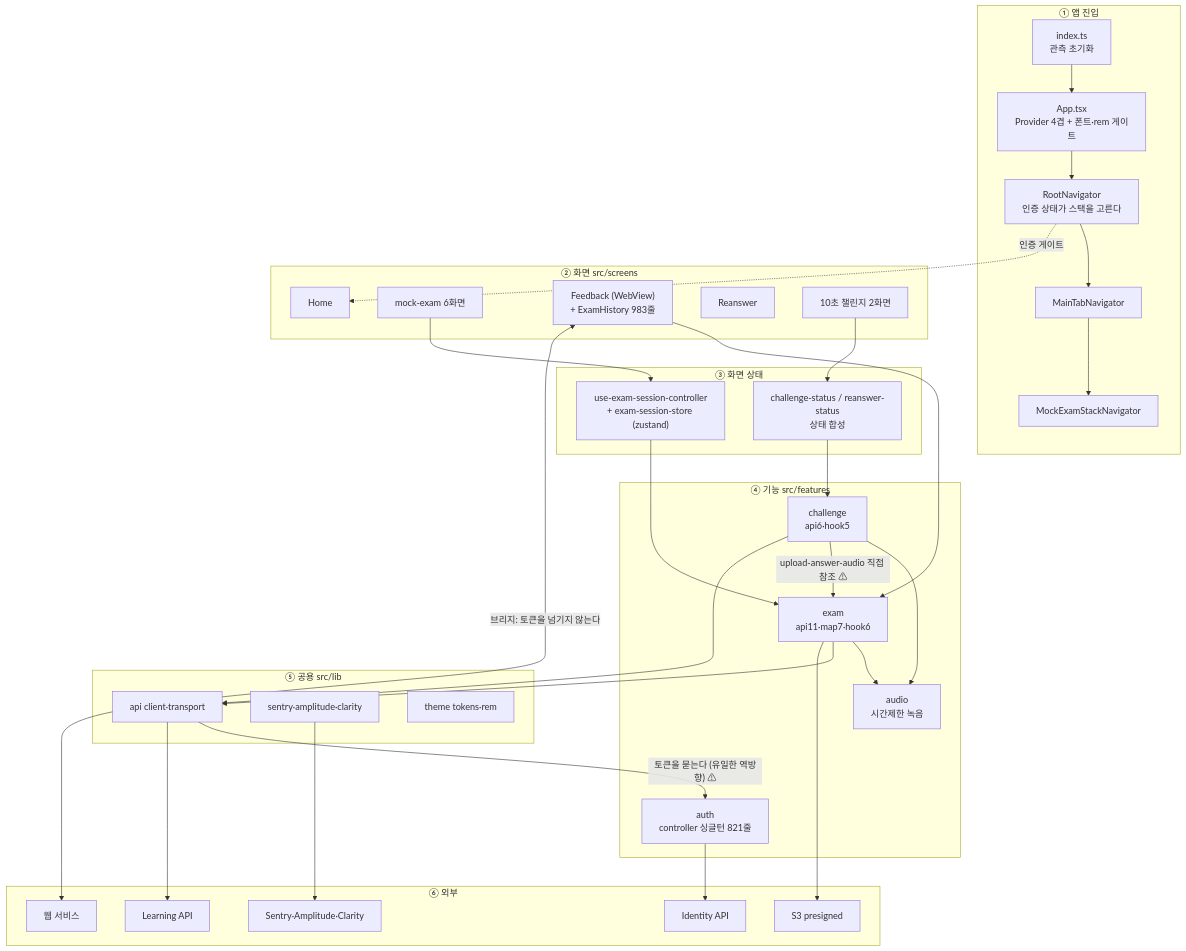
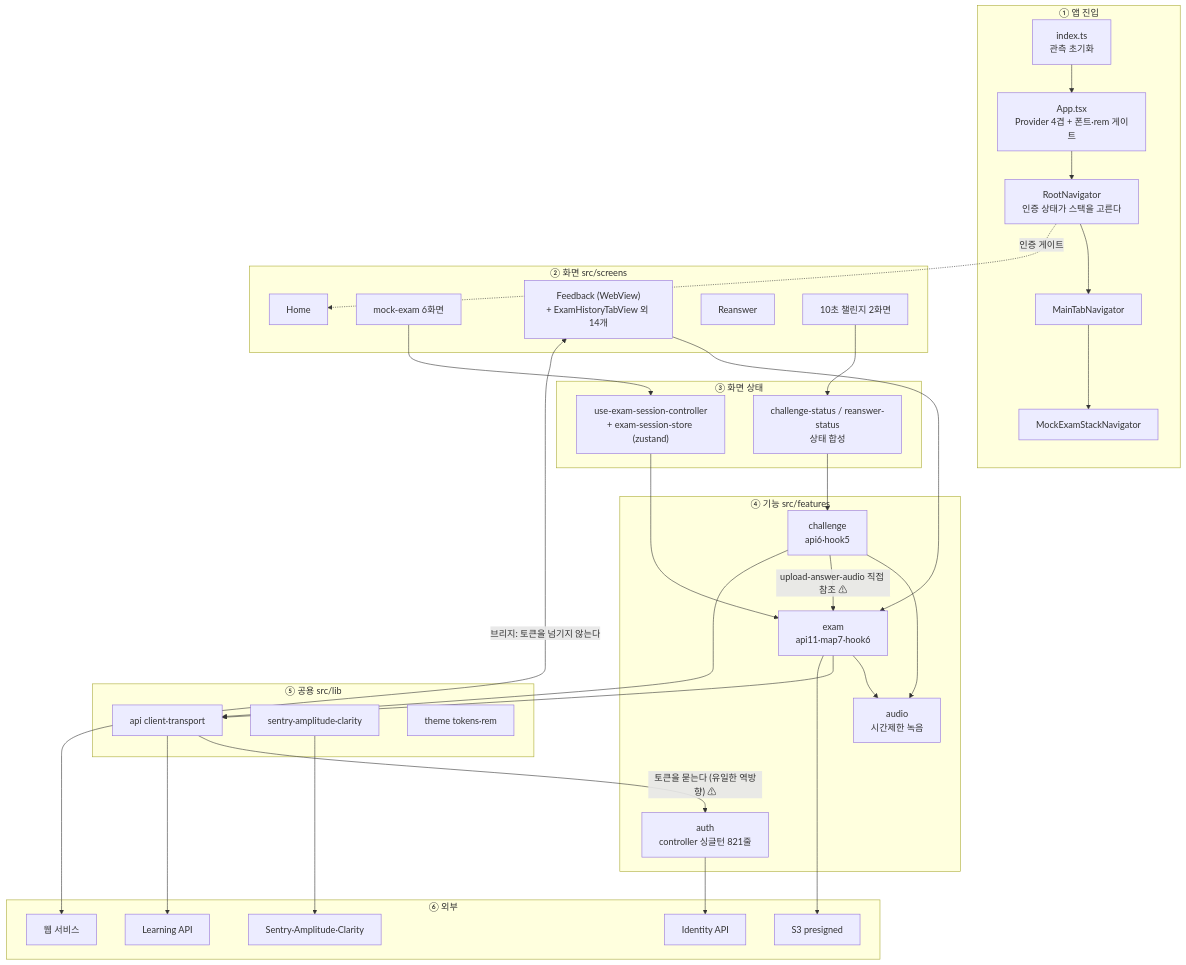
Before and after one commit to Too-Much-I/app-front-end: the third of 5 diagrams in docs/architecture/alt-formats/diagrams.mmd.md, drawn with Mermaid. The commit also changed 6 other files, not shown here.

````diff
--- a/docs/architecture/alt-formats/diagrams.mmd.md
+++ b/docs/architecture/alt-formats/diagrams.mmd.md
@@ -84,38 +84,38 @@
 ```mermaid
 graph TB
   subgraph L0["① 앱 진입"]
     IDX["index.ts<br/>관측 초기화"] --> APP["App.tsx<br/>Provider 4겹 + 폰트·rem 게이트"] --> RN["RootNavigator<br/>인증 상태가 스택을 고른다"]
     RN --> TAB["MainTabNavigator"] --> MS["MockExamStackNavigator"]
   end
   subgraph L1["② 화면 src/screens"]
-    SH["Home"]; SE["mock-exam 6화면"]; SF["Feedback (WebView)<br/>+ ExamHistory 983줄"]; SR["Reanswer"]; SC["10초 챌린지 2화면"]
+    SH["Home"]; SE["mock-exam 6화면"]; SF["Feedback (WebView)<br/>+ ExamHistoryTabView 외 14개"]; SR["Reanswer"]; SC["10초 챌린지 2화면"]
   end
   subgraph L2["③ 화면 상태"]
     HE["use-exam-session-controller<br/>+ exam-session-store (zustand)"]; HU["challenge-status / reanswer-status<br/>상태 합성"]
   end
   subgraph L3["④ 기능 src/features"]
     FA["auth<br/>controller 싱글턴 821줄"]; FE["exam<br/>api11·map7·hook6"]; FC["challenge<br/>api6·hook5"]; FD["audio<br/>시간제한 녹음"]
   end
   subgraph L4["⑤ 공용 src/lib"]
     LA["api client·transport"]; LO["sentry·amplitude·clarity"]; LT["theme tokens·rem"]
   end
   subgraph L5["⑥ 외부"]
     XI["Identity API"]; XL["Learning API"]; XS["S3 presigned"]; XW["웹 서비스"]; XO["Sentry·Amplitude·Clarity"]
   end
 
   RN -.인증 게이트.-> SH
   SE --> HE --> FE
   SC --> HU --> FC
   SF --> FE
   FE --> FD
   FC --> FD
   FC -->|"upload-answer-audio 직접 참조 ⚠"| FE
   FE --> LA
   FC --> LA
   LA -->|"토큰을 묻는다 (유일한 역방향) ⚠"| FA
   LA --> XL
   FA --> XI
   FE --> XS
   SF <-->|"브리지: 토큰을 넘기지 않는다"| XW
   LO --> XO
 ```
````
